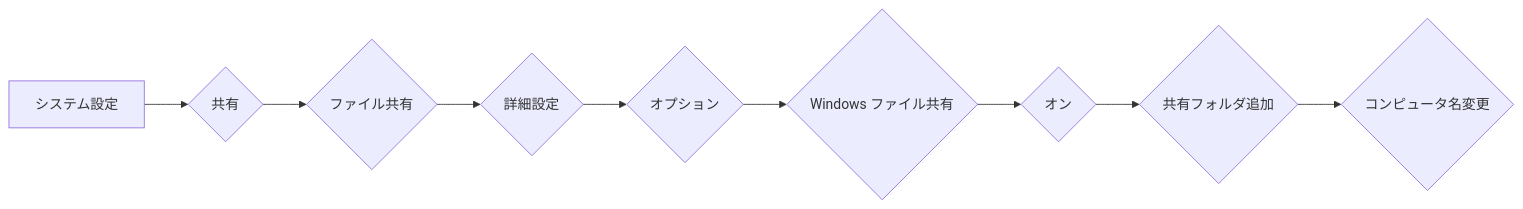
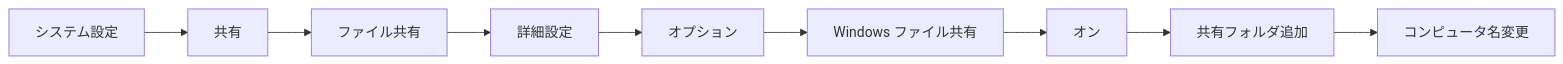
One commit to SparklingDetergent/doc_genai_Using_Generative_AI_with_Mac_Mini_M1_-Server_Setup- changed the fifth of 8 diagrams in README.md. Above: the diagram before and after it, drawn with Mermaid. The commit also changed other lines of this file, not shown here.

````diff
--- a/README.md
+++ b/README.md
@@ -258,11 +258,11 @@
 ```mermaid
 graph LR
-    A[システム設定] --> B{共有}
-    B --> C{ファイル共有}
-    C --> D{詳細設定}
-    D --> E{オプション}
-    E --> F{Windows ファイル共有}
-    F --> G{オン}
-    G --> H{共有フォルダ追加}
-    H --> I{コンピュータ名変更}
+    A[システム設定] --> B[共有]
+    B --> C[ファイル共有]
+    C --> D[詳細設定]
+    D --> E[オプション]
+    E --> F[Windows ファイル共有]
+    F --> G[オン]
+    G --> H[共有フォルダ追加]
+    H --> I[コンピュータ名変更]
 ```
````
